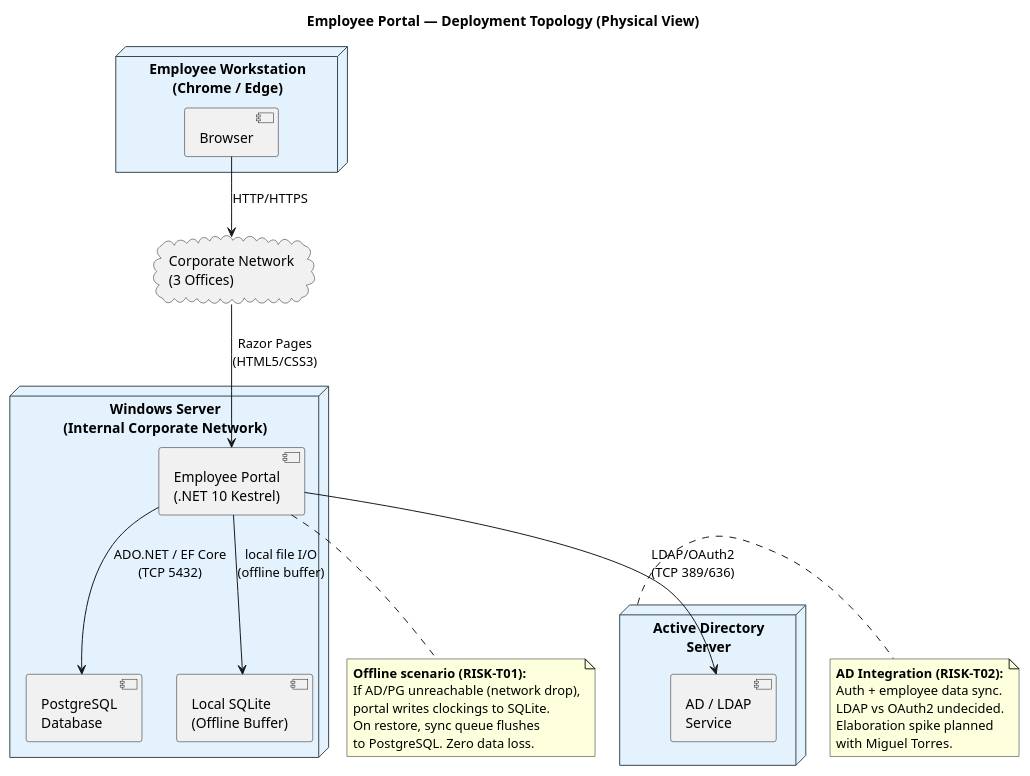
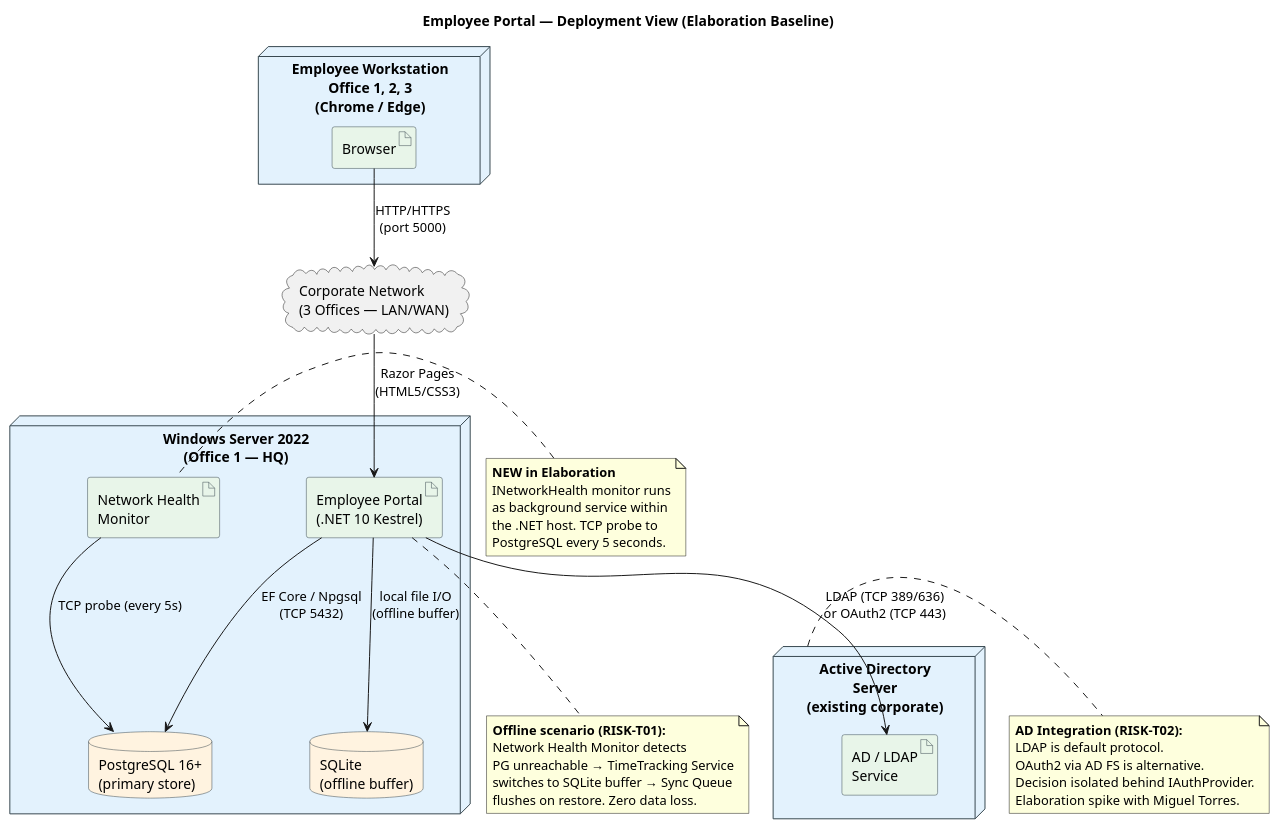
One commit to banense-test/demo-janke-lab changed the seventh of 8 diagrams in docs/artifacts/analysis---design/software-architecture-document.md. Above: the diagram before and after it, drawn with PlantUML. The commit also changed other lines of this file, not shown here.

First line of the commit message:
Software Architect [E1]: upsert Software Architecture Document

````diff
--- a/docs/artifacts/analysis---design/software-architecture-document.md
+++ b/docs/artifacts/analysis---design/software-architecture-document.md
@@ -269,55 +755,69 @@
 ```plantuml
 @startuml
 skinparam shadowing false
 skinparam defaultFontName "Segoe UI"
 skinparam node {
   BackgroundColor #e3f2fd
   BorderColor #37474f
 }
 skinparam database {
   BackgroundColor #fff3e0
   BorderColor #37474f
 }
-
-title Employee Portal — Deployment Topology (Physical View)
-
-node "Windows Server\n(Internal Corporate Network)" as WIN_SRV {
-  component "Employee Portal\n(.NET 10 Kestrel)" as PORTAL
-  component "PostgreSQL\nDatabase" as PGDB
-  component "Local SQLite\n(Offline Buffer)" as SQLITE
+skinparam artifact {
+  BackgroundColor #e8f5e9
+  BorderColor #37474f
 }
 
-node "Active Directory\nServer" as AD_SRV {
-  component "AD / LDAP\nService" as AD_SVC
+title Employee Portal — Deployment View (Elaboration Baseline)
+
+node "Windows Server 2022\n(Office 1 — HQ)" as WIN_SRV {
+  artifact "Employee Portal\n(.NET 10 Kestrel)" as PORTAL
+  database "PostgreSQL 16+\n(primary store)" as PGDB
+  database "SQLite\n(offline buffer)" as SQLITE
+  artifact "Network Health\nMonitor" as NHM
 }
 
-node "Employee Workstation\n(Chrome / Edge)" as WS {
-  component "Browser" as BROWSER
+node "Active Directory\nServer\n(existing corporate)" as AD_SRV {
+  artifact "AD / LDAP\nService" as AD_SVC
 }
 
-cloud "Corporate Network\n(3 Offices)" as NET
+node "Employee Workstation\nOffice 1, 2, 3\n(Chrome / Edge)" as WS {
+  artifact "Browser" as BROWSER
+}
 
-BROWSER --> NET : HTTP/HTTPS
+cloud "Corporate Network\n(3 Offices — LAN/WAN)" as NET
+
+BROWSER --> NET : HTTP/HTTPS\n(port 5000)
 NET --> PORTAL : Razor Pages\n(HTML5/CSS3)
-PORTAL --> PGDB : ADO.NET / EF Core\n(TCP 5432)
+PORTAL --> PGDB : EF Core / Npgsql\n(TCP 5432)
 PORTAL --> SQLITE : local file I/O\n(offline buffer)
-PORTAL --> AD_SVC : LDAP/OAuth2\n(TCP 389/636)
+PORTAL --> AD_SVC : LDAP (TCP 389/636)\nor OAuth2 (TCP 443)
+NHM --> PGDB : TCP probe (every 5s)
 
 note bottom of PORTAL
   **Offline scenario (RISK-T01):**
-  If AD/PG unreachable (network drop),
-  portal writes clockings to SQLite.
-  On restore, sync queue flushes
-  to PostgreSQL. Zero data loss.
+  Network Health Monitor detects
+  PG unreachable → TimeTracking Service
+  switches to SQLite buffer → Sync Queue
+  flushes on restore. Zero data loss.
 end note
 
 note right of AD_SRV
   **AD Integration (RISK-T02):**
-  Auth + employee data sync.
-  LDAP vs OAuth2 undecided.
-  Elaboration spike planned
-  with Miguel Torres.
+  LDAP is default protocol.
+  OAuth2 via AD FS is alternative.
+  Decision isolated behind IAuthProvider.
+  Elaboration spike with Miguel Torres.
+end note
+
+note left of NHM
+  **NEW in Elaboration**
+  INetworkHealth monitor runs
+  as background service within
+  the .NET host. TCP probe to
+  PostgreSQL every 5 seconds.
 end note
 
 @enduml
 ```
````
